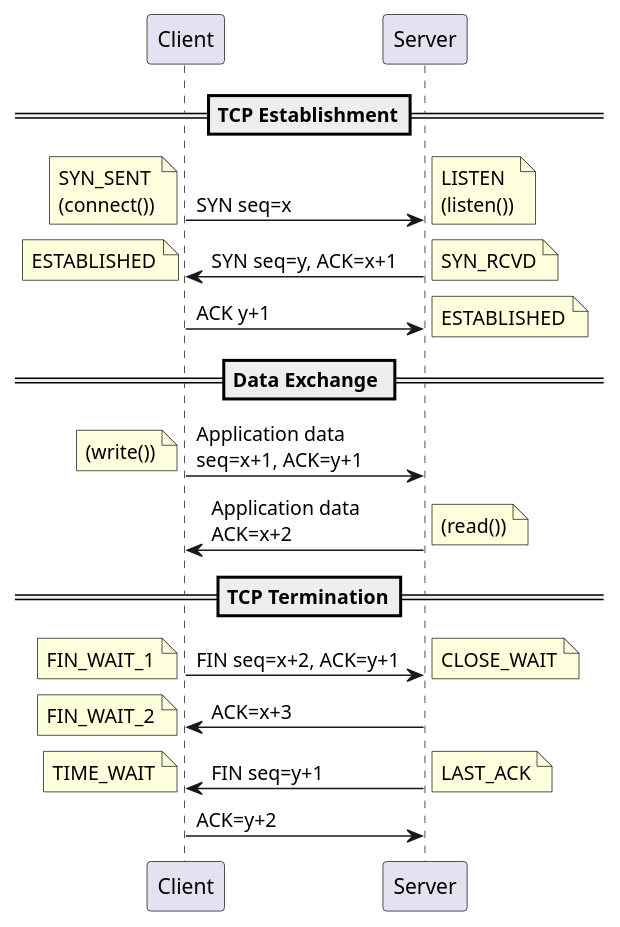
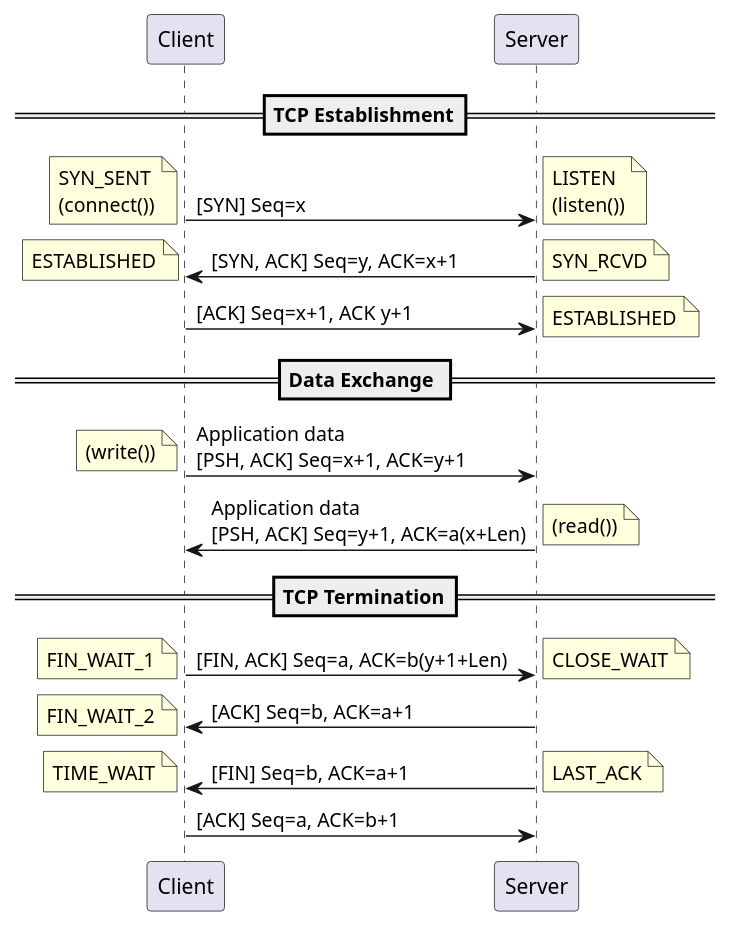
One commit to yidas/web-service-protocols changed the diagram in tcp/readme.md. Above: the diagram before and after it, drawn with PlantUML.

````diff
--- a/tcp/readme.md
+++ b/tcp/readme.md
@@ -6,32 +6,33 @@
 ```plantuml
 @startuml
 participant "Client" as c
 participant "Server" as s
 
 == TCP Establishment==
-c->s: SYN seq=x
+c->s: [SYN] Seq=x
 note left: SYN_SENT\n(connect())
 note right: LISTEN\n(listen())
-s->c: SYN seq=y, ACK=x+1
+s->c: [SYN, ACK] Seq=y, ACK=x+1
 note right: SYN_RCVD
 note left: ESTABLISHED
-c->s: ACK y+1
+c->s: [ACK] Seq=x+1, ACK y+1
 note right: ESTABLISHED
 == Data Exchange ==
-c->s: Application data\nseq=x+1, ACK=y+1
+c->s: Application data\n[PSH, ACK] Seq=x+1, ACK=y+1
 note left: (write())
-s->c: Application data\nACK=x+2
+s->c: Application data\n[PSH, ACK] Seq=y+1, ACK=a(x+Len)
 note right: (read())
 ==TCP Termination==
-c->s: FIN seq=x+2, ACK=y+1
+c->s: [FIN, ACK] Seq=a, ACK=b(y+1+Len)
 note left: FIN_WAIT_1
 note right: CLOSE_WAIT
-s->c: ACK=x+3
+s->c: [ACK] Seq=b, ACK=a+1
 note left: FIN_WAIT_2
-s->c: FIN seq=y+1
+s->c: [FIN] Seq=b, ACK=a+1
 note right: LAST_ACK
 note left: TIME_WAIT
-c->s: ACK=y+2
+c->s: [ACK] Seq=a, ACK=b+1
+
 
 @enduml
 ```
````
